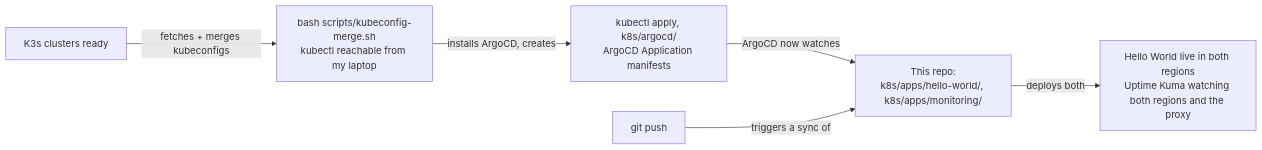
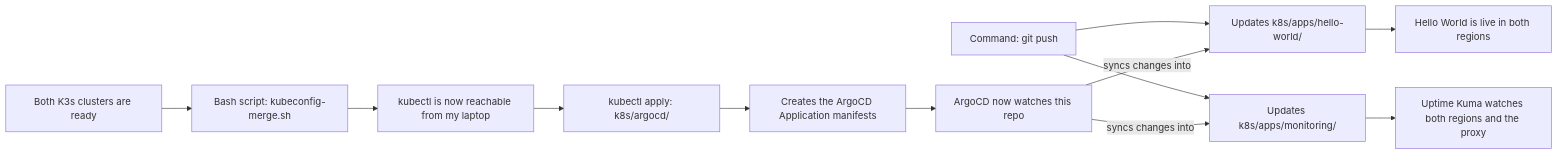
Before and after one commit to Dennis4507/cloud-native-ha-platform: the third of 4 diagrams in README.md, drawn with Mermaid. The commit also changed other lines of this file, not shown here.

````diff
--- a/README.md
+++ b/README.md
@@ -59,8 +66,14 @@
 ```mermaid
 flowchart LR
-    IN3["K3s clusters ready"] -->|fetches + merges kubeconfigs| OUT3b["bash scripts/kubeconfig-merge.sh<br/>kubectl reachable from my laptop"]
-    OUT3b -->|installs ArgoCD, creates| CMD4["kubectl apply, k8s/argocd/<br/>ArgoCD Application manifests"]
-    CMD4 -->|ArgoCD now watches| OUT4["This repo:<br/>k8s/apps/hello-world/, k8s/apps/monitoring/"]
-    CMD5["git push"] -->|triggers a sync of| OUT4
-    OUT4 -->|deploys both| OUT5["Hello World live in both regions<br/>Uptime Kuma watching both regions and the proxy"]
+    IN3["Both K3s clusters are ready"] --> CMD3b["Bash script: kubeconfig-merge.sh"]
+    CMD3b --> OUT3b["kubectl is now reachable from my laptop"]
+    OUT3b --> CMD4["kubectl apply: k8s/argocd/"]
+    CMD4 --> K1["Creates the ArgoCD Application manifests"]
+    K1 --> OUT4["ArgoCD now watches this repo"]
+    CMD5["Command: git push"] --> K2["Updates k8s/apps/hello-world/"]
+    CMD5 --> K3["Updates k8s/apps/monitoring/"]
+    OUT4 -->|syncs changes into| K2
+    OUT4 -->|syncs changes into| K3
+    K2 --> OUT5["Hello World is live in both regions"]
+    K3 --> OUT5b["Uptime Kuma watches both regions and the proxy"]
 ```
````
